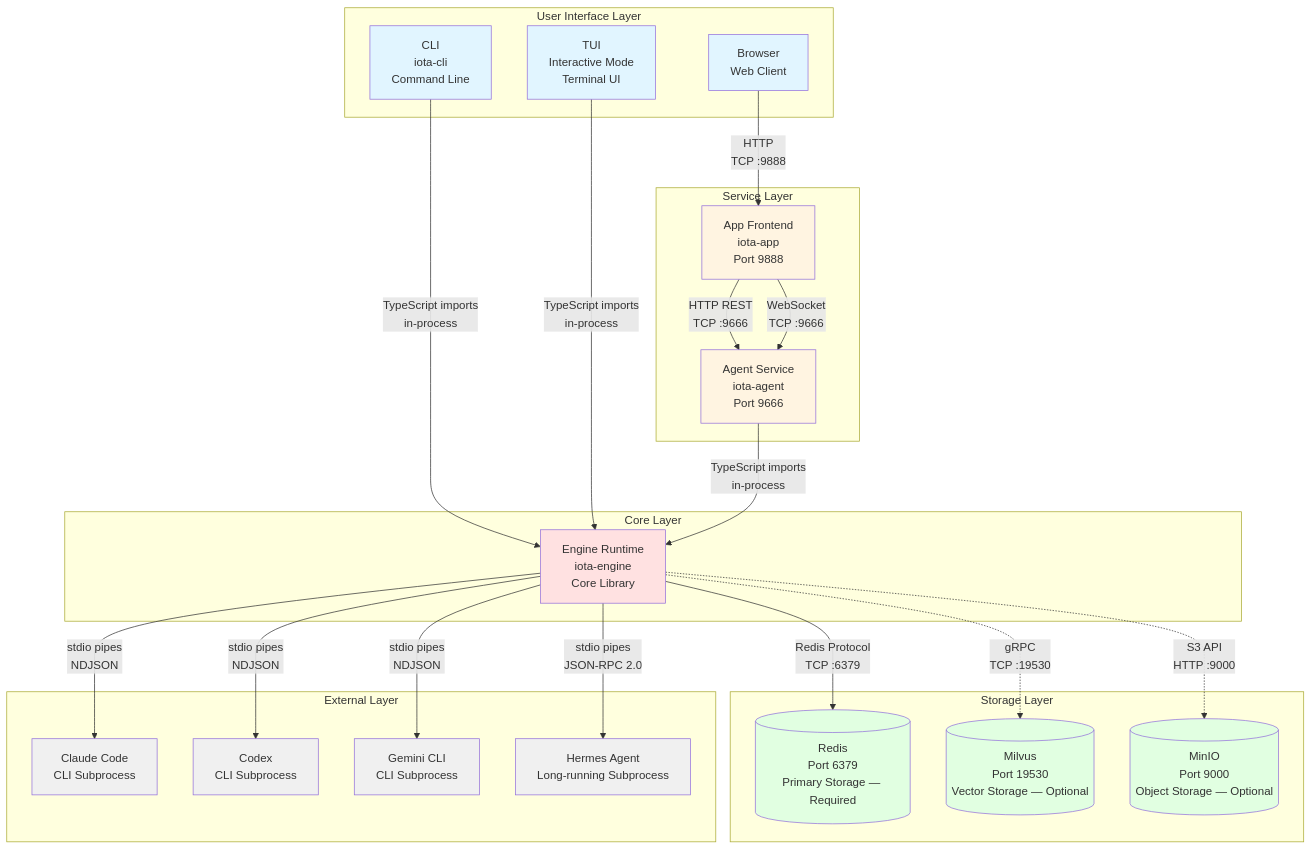
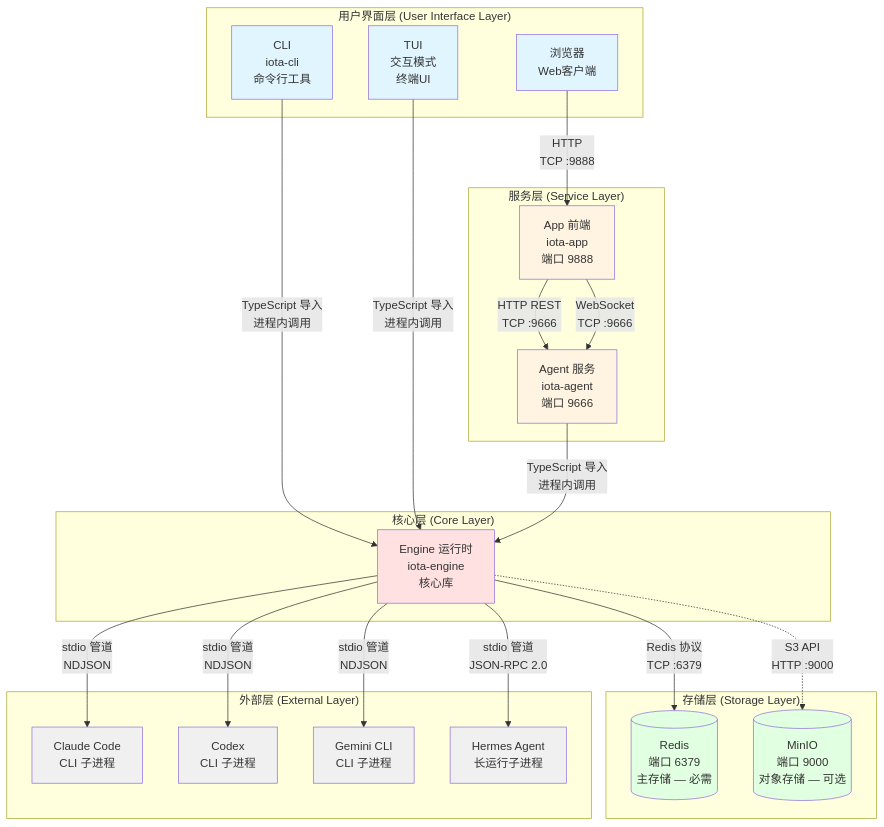
One commit to feuyeux/iota changed the first of 6 diagrams in docs/guides/00-architecture-overview.md. Above: the diagram before and after it, drawn with Mermaid. The commit also changed other lines of this file and 66 other files, not shown here.

````diff
--- a/docs/guides/00-architecture-overview.md
+++ b/docs/guides/00-architecture-overview.md
@@ -38,60 +38,57 @@
 ```mermaid
 graph TB
-    subgraph "User Interface Layer"
-        CLI[CLI<br/>iota-cli<br/>Command Line]
-        TUI[TUI<br/>Interactive Mode<br/>Terminal UI]
-        Browser[Browser<br/>Web Client]
+    subgraph "用户界面层 (User Interface Layer)"
+        CLI[CLI<br/>iota-cli<br/>命令行工具]
+        TUI[TUI<br/>交互模式<br/>终端UI]
+        Browser[浏览器<br/>Web客户端]
     end
-    
-    subgraph "Service Layer"
-        Agent[Agent Service<br/>iota-agent<br/>Port 9666]
-        App[App Frontend<br/>iota-app<br/>Port 9888]
+
+    subgraph "服务层 (Service Layer)"
+        Agent[Agent 服务<br/>iota-agent<br/>端口 9666]
+        App[App 前端<br/>iota-app<br/>端口 9888]
     end
-    
-    subgraph "Core Layer"
-        Engine[Engine Runtime<br/>iota-engine<br/>Core Library]
+
+    subgraph "核心层 (Core Layer)"
+        Engine[Engine 运行时<br/>iota-engine<br/>核心库]
     end
-    
-    subgraph "Storage Layer"
-        Redis[(Redis<br/>Port 6379<br/>Primary Storage — Required)]
-        Milvus[(Milvus<br/>Port 19530<br/>Vector Storage — Optional)]
-        MinIO[(MinIO<br/>Port 9000<br/>Object Storage — Optional)]
+
+    subgraph "存储层 (Storage Layer)"
+        Redis[(Redis<br/>端口 6379<br/>主存储 — 必需)]
+        MinIO[(MinIO<br/>端口 9000<br/>对象存储 — 可选)]
     end
-    
-    subgraph "External Layer"
-        Claude[Claude Code<br/>CLI Subprocess]
-        Codex[Codex<br/>CLI Subprocess]
-        Gemini[Gemini CLI<br/>CLI Subprocess]
-        Hermes[Hermes Agent<br/>Long-running Subprocess]
+
+    subgraph "外部层 (External Layer)"
+        Claude[Claude Code<br/>CLI 子进程]
+        Codex[Codex<br/>CLI 子进程]
+        Gemini[Gemini CLI<br/>CLI 子进程]
+        Hermes[Hermes Agent<br/>长运行子进程]
     end
-    
-    CLI -->|TypeScript imports<br/>in-process| Engine
-    TUI -->|TypeScript imports<br/>in-process| Engine
+
+    CLI -->|TypeScript 导入<br/>进程内调用| Engine
+    TUI -->|TypeScript 导入<br/>进程内调用| Engine
     Browser -->|HTTP<br/>TCP :9888| App
     App -->|HTTP REST<br/>TCP :9666| Agent
     App -->|WebSocket<br/>TCP :9666| Agent
-    Agent -->|TypeScript imports<br/>in-process| Engine
-    
-    Engine -->|Redis Protocol<br/>TCP :6379| Redis
-    Engine -.->|gRPC<br/>TCP :19530| Milvus
+    Agent -->|TypeScript 导入<br/>进程内调用| Engine
+
+    Engine -->|Redis 协议<br/>TCP :6379| Redis
     Engine -.->|S3 API<br/>HTTP :9000| MinIO
-    
-    Engine -->|stdio pipes<br/>NDJSON| Claude
-    Engine -->|stdio pipes<br/>NDJSON| Codex
-    Engine -->|stdio pipes<br/>NDJSON| Gemini
-    Engine -->|stdio pipes<br/>JSON-RPC 2.0| Hermes
-    
+
+    Engine -->|stdio 管道<br/>NDJSON| Claude
+    Engine -->|stdio 管道<br/>NDJSON| Codex
+    Engine -->|stdio 管道<br/>NDJSON| Gemini
+    Engine -->|stdio 管道<br/>JSON-RPC 2.0| Hermes
+
     style CLI fill:#e1f5ff
     style TUI fill:#e1f5ff
     style Browser fill:#e1f5ff
     style Agent fill:#fff4e1
     style App fill:#fff4e1
     style Engine fill:#ffe1e1
     style Redis fill:#e1ffe1
-    style Milvus fill:#e1ffe1
     style MinIO fill:#e1ffe1
     style Claude fill:#f0f0f0
     style Codex fill:#f0f0f0
     style Gemini fill:#f0f0f0
     style Hermes fill:#f0f0f0
 ```
````
